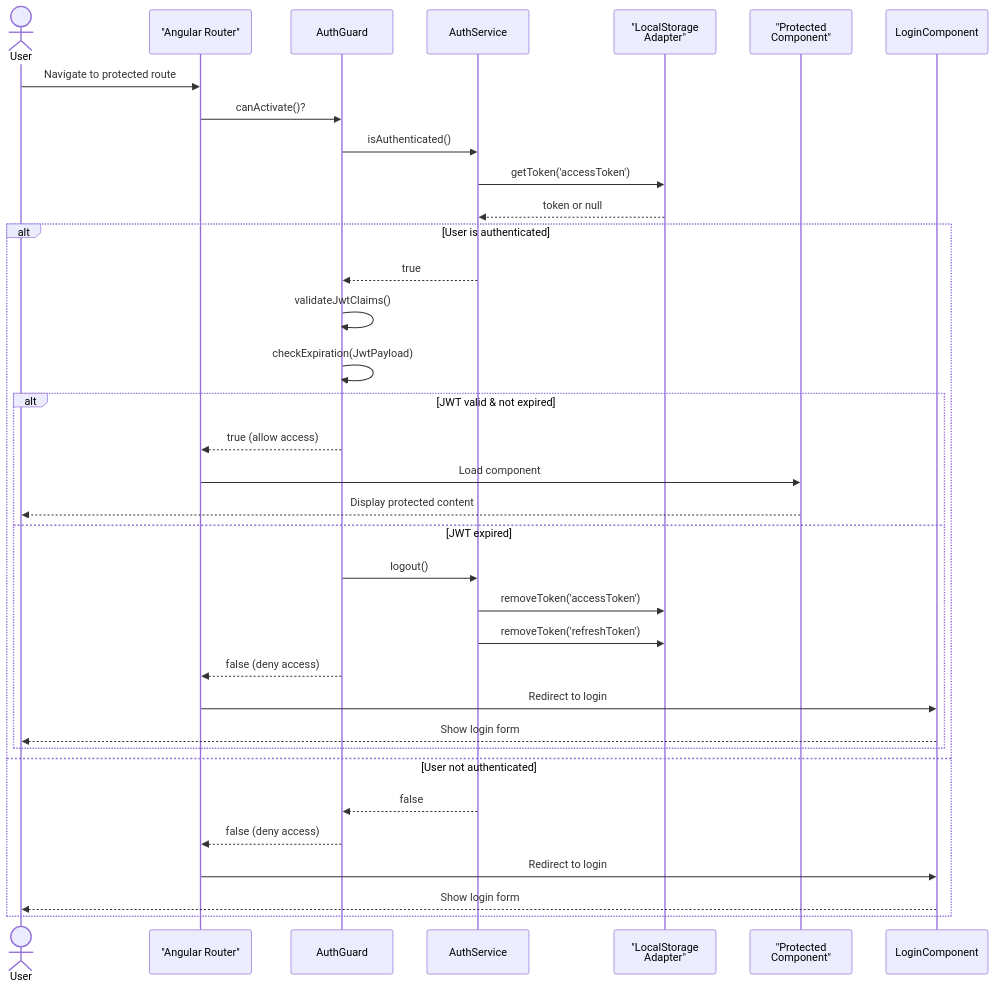
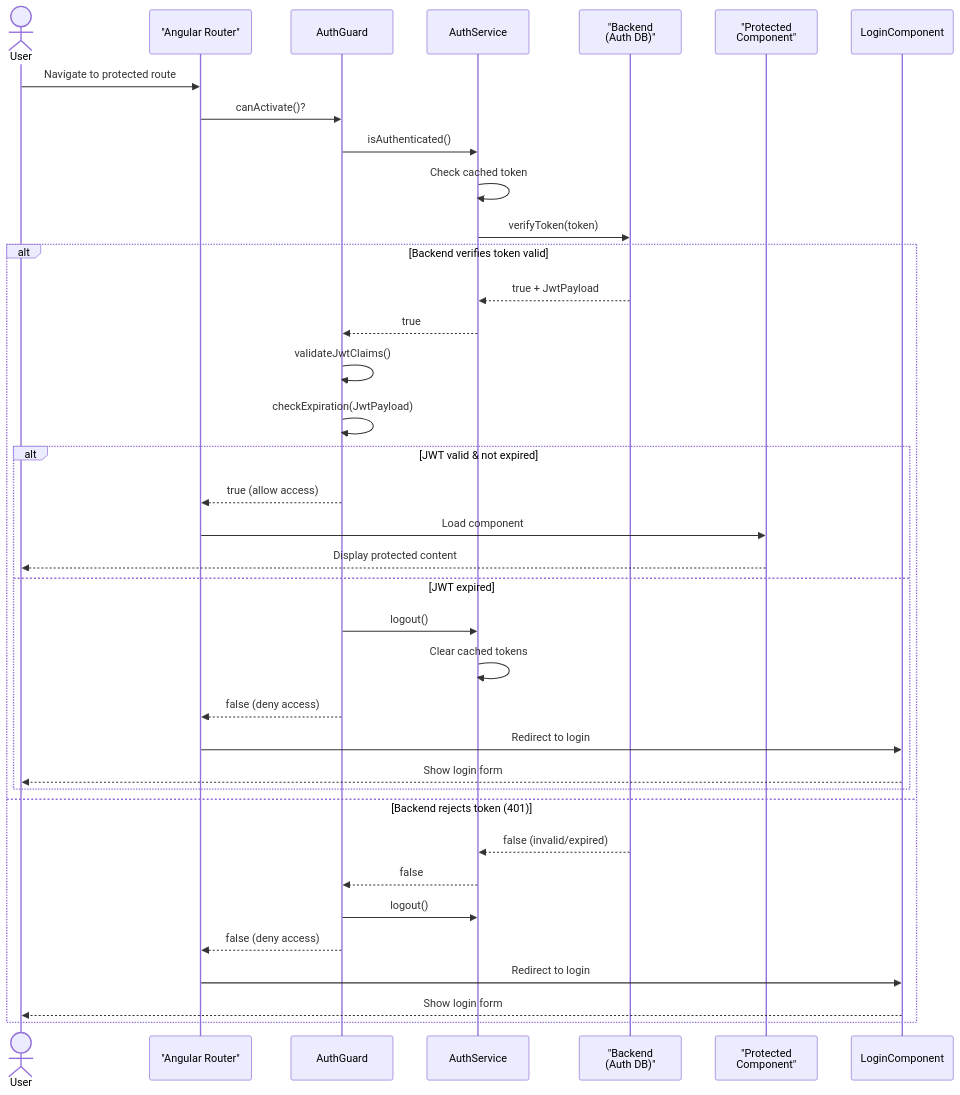
Before and after one commit to seankcheema/trading-season: the fourth of 5 diagrams in apps/business-logic-ui/Sequence-Diagram.md, drawn with Mermaid. The commit also changed other lines of this file and 1 other file, not shown here.

Commit message:
feat: KAN-47/KAN-127/Create Visual Representation of Architecture

````diff
--- a/apps/business-logic-ui/Sequence-Diagram.md
+++ b/apps/business-logic-ui/Sequence-Diagram.md
@@ -134,40 +134,42 @@
 ```mermaid
 sequenceDiagram
     actor User
     participant Router as "Angular Router"
     participant AuthGuard
     participant AuthService
-    participant LocalStorage as "LocalStorage<br/>Adapter"
+    participant Backend as "Backend<br/>(Auth DB)"
     participant ProtectedComponent as "Protected<br/>Component"
     participant LoginComponent
 
     User->>Router: Navigate to protected route
     Router->>AuthGuard: canActivate()?
     
     AuthGuard->>AuthService: isAuthenticated()
-    AuthService->>LocalStorage: getToken('accessToken')
-    LocalStorage-->>AuthService: token or null
+    AuthService->>AuthService: Check cached token
+    AuthService->>Backend: verifyToken(token)
     
-    alt User is authenticated
+    alt Backend verifies token valid
+        Backend-->>AuthService: true + JwtPayload
         AuthService-->>AuthGuard: true
         AuthGuard->>AuthGuard: validateJwtClaims()
         AuthGuard->>AuthGuard: checkExpiration(JwtPayload)
         alt JWT valid & not expired
             AuthGuard-->>Router: true (allow access)
             Router->>ProtectedComponent: Load component
             ProtectedComponent-->>User: Display protected content
         else JWT expired
             AuthGuard->>AuthService: logout()
-            AuthService->>LocalStorage: removeToken('accessToken')
-            AuthService->>LocalStorage: removeToken('refreshToken')
+            AuthService->>AuthService: Clear cached tokens
             AuthGuard-->>Router: false (deny access)
             Router->>LoginComponent: Redirect to login
             LoginComponent-->>User: Show login form
         end
-    else User not authenticated
+    else Backend rejects token (401)
+        Backend-->>AuthService: false (invalid/expired)
         AuthService-->>AuthGuard: false
+        AuthGuard->>AuthService: logout()
         AuthGuard-->>Router: false (deny access)
         Router->>LoginComponent: Redirect to login
         LoginComponent-->>User: Show login form
     end
 ```
````
